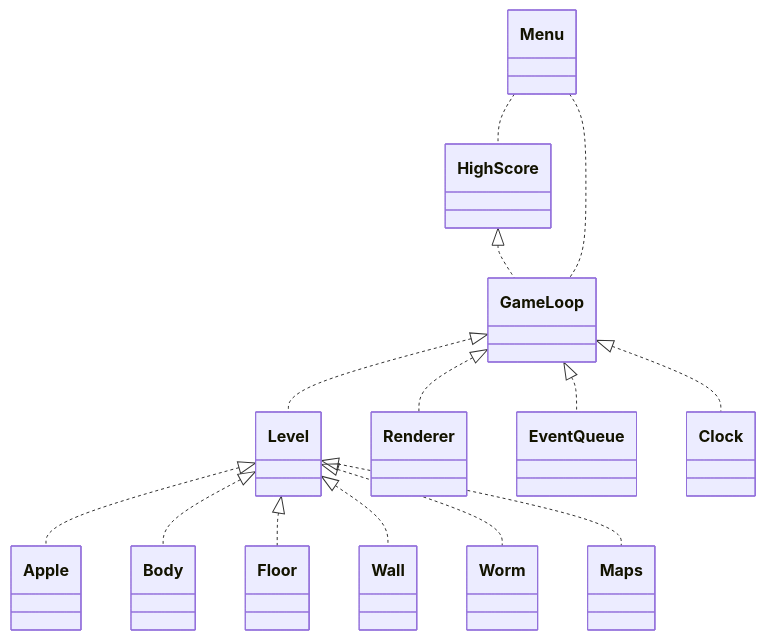
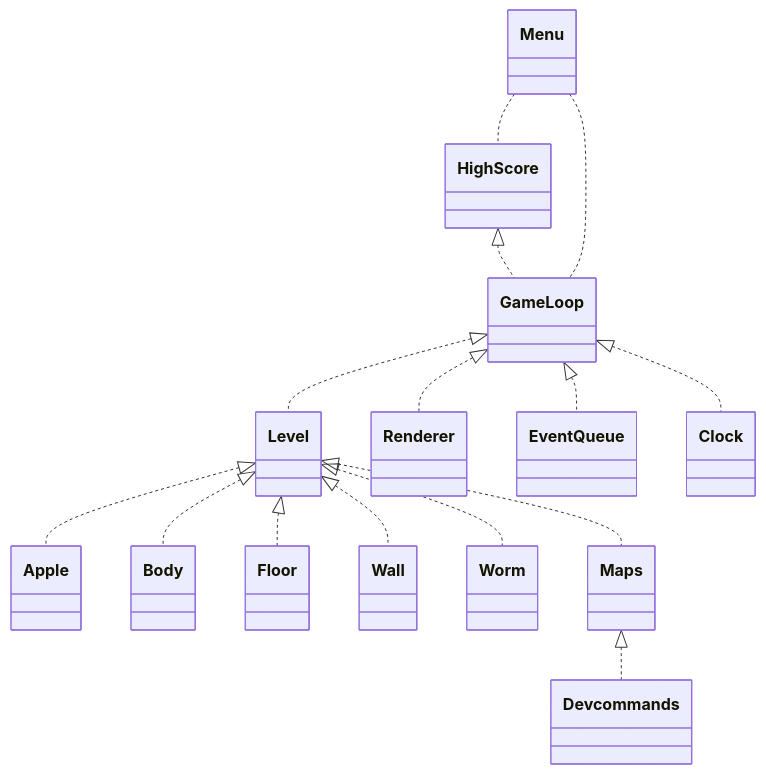
Before and after one commit to VilleJuhan1/ot-harjoitustyo: the first of 3 diagrams in dokumentaatio/arkkitehtuuri.md, drawn with Mermaid. The commit also changed 7 other files, not shown here.

````diff
--- a/dokumentaatio/arkkitehtuuri.md
+++ b/dokumentaatio/arkkitehtuuri.md
@@ -6,16 +6,17 @@
 ```mermaid
 classDiagram
     GameLoop <|.. Level
     GameLoop <|.. Renderer
     GameLoop <|.. EventQueue
     GameLoop <|.. Clock
     HighScore <|.. GameLoop
     Level <|.. Apple
     Level <|.. Body
     Level <|.. Floor
     Level <|.. Wall
     Level <|.. Worm
     Level <|.. Maps
+    Maps <|.. Devcommands
     Menu .. GameLoop
     Menu .. HighScore
 ```
````
